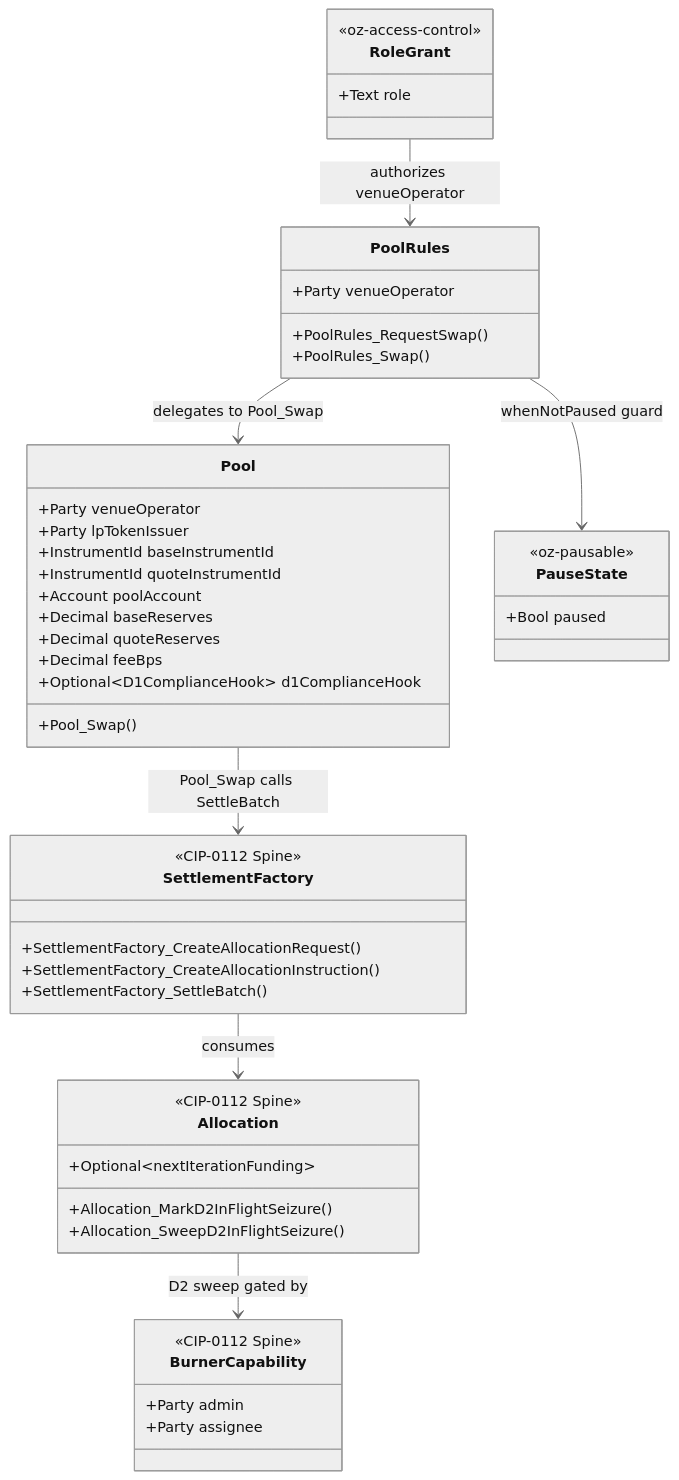
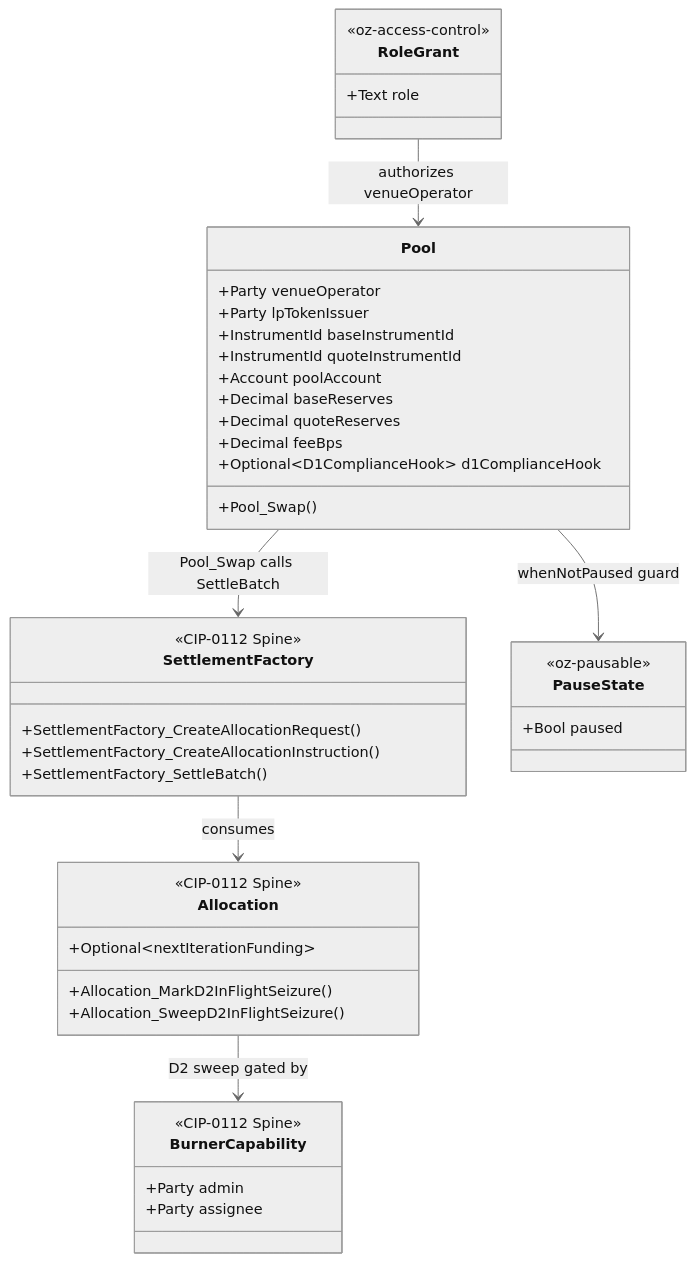
The first of 2 diagrams in docs/ri-reports/01-dex.md (OpenZeppelin/canton-specs), drawn with Mermaid (neutral theme) before and after one commit. The commit also changed other lines of this file, not shown here.

Commit message:
Remove unnecessary PoolRules. Remove unnecessary or confusing design questions.

````diff
--- a/docs/ri-reports/01-dex.md
+++ b/docs/ri-reports/01-dex.md
@@ -544,52 +498,46 @@
 ```mermaid
 classDiagram
     class Pool {
         +Party venueOperator
         +Party lpTokenIssuer
         +InstrumentId baseInstrumentId
         +InstrumentId quoteInstrumentId
         +Account poolAccount
         +Decimal baseReserves
         +Decimal quoteReserves
         +Decimal feeBps
         +Optional~D1ComplianceHook~ d1ComplianceHook
         +Pool_Swap()
-    }
-    class PoolRules {
-        +Party venueOperator
-        +PoolRules_RequestSwap()
-        +PoolRules_Swap()
     }
     class SettlementFactory {
         <<CIP-0112 Spine>>
         +SettlementFactory_CreateAllocationRequest()
         +SettlementFactory_CreateAllocationInstruction()
         +SettlementFactory_SettleBatch()
     }
     class Allocation {
         <<CIP-0112 Spine>>
         +Optional~nextIterationFunding~
         +Allocation_MarkD2InFlightSeizure()
         +Allocation_SweepD2InFlightSeizure()
     }
     class BurnerCapability {
         <<CIP-0112 Spine>>
         +Party admin
         +Party assignee
     }
     class RoleGrant {
         <<oz-access-control>>
         +Text role
     }
     class PauseState {
         <<oz-pausable>>
         +Bool paused
     }
 
-    PoolRules --> Pool : delegates to Pool_Swap
     Pool --> SettlementFactory : Pool_Swap calls SettleBatch
-    PoolRules --> PauseState : whenNotPaused guard
+    Pool --> PauseState : whenNotPaused guard
     SettlementFactory --> Allocation : consumes
     Allocation --> BurnerCapability : D2 sweep gated by
-    RoleGrant --> PoolRules : authorizes venueOperator
+    RoleGrant --> Pool : authorizes venueOperator
 ```
````
